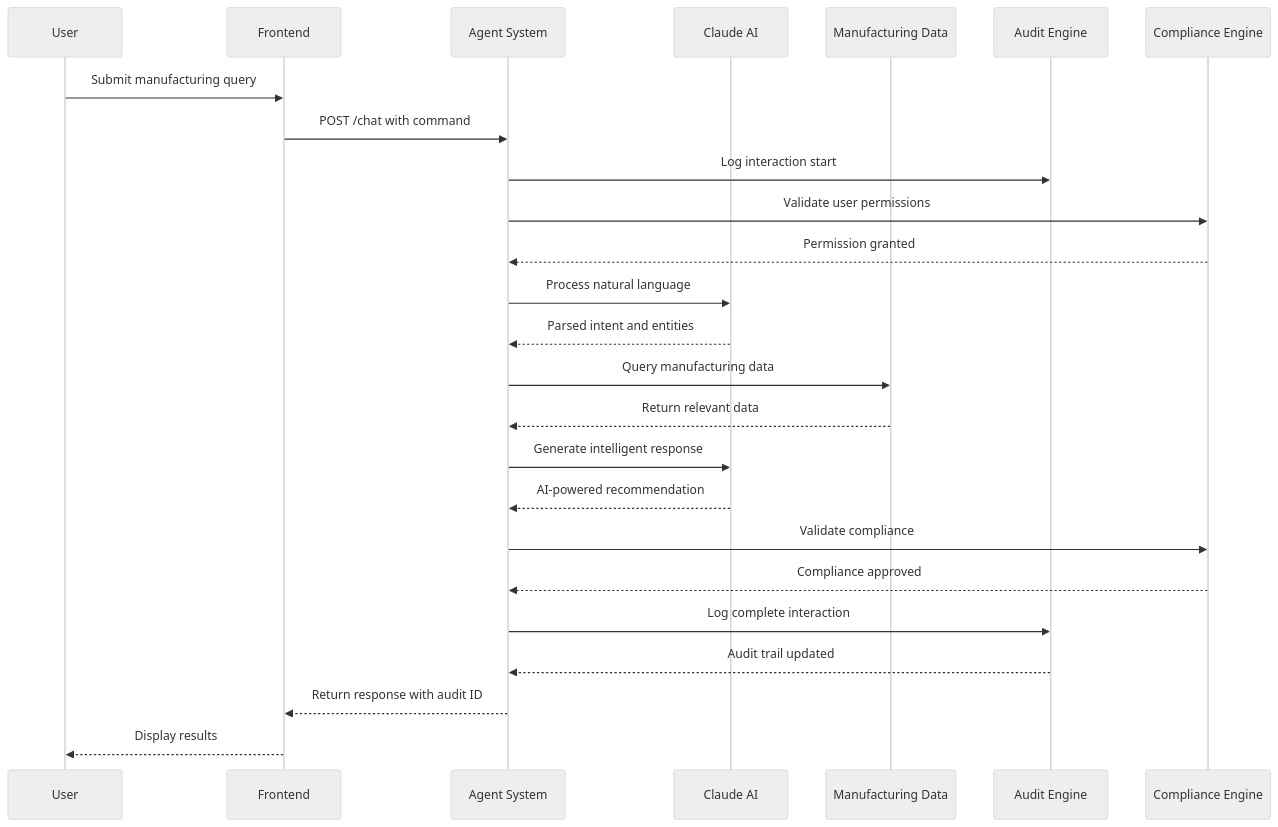
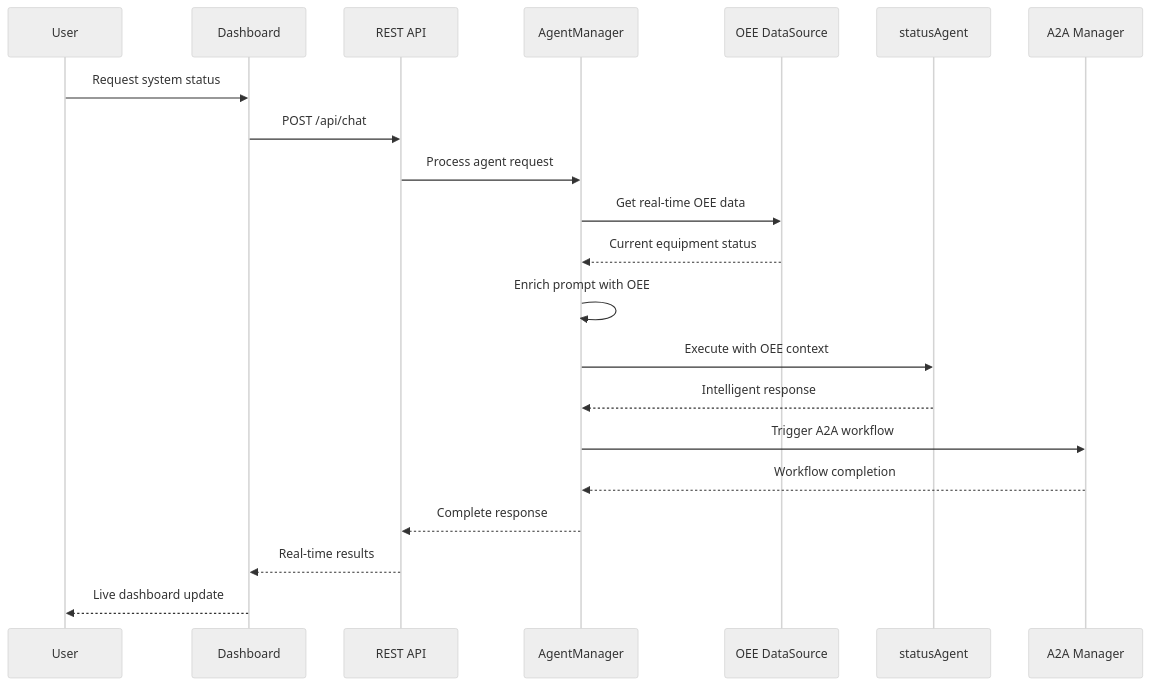
The second of 2 diagrams in README.md (schmeckm/Business_aI_Agent_Pharma_MVP_1.0), drawn with Mermaid (neutral theme) before and after one commit. The commit also changed other lines of this file and 14 other files, not shown here.

First line of the commit message:
feat: implement modular agent architecture

````diff
--- a/README.md
+++ b/README.md
@@ -226,28 +481,24 @@
 ```mermaid
 sequenceDiagram
     participant U as User
-    participant UI as Frontend
-    participant AS as Agent System
-    participant CA as Claude AI
-    participant MD as Manufacturing Data
-    participant AE as Audit Engine
-    participant CE as Compliance Engine
+    participant UI as Dashboard
+    participant API as REST API
+    participant AM as AgentManager
+    participant OEE as OEE DataSource
+    participant SA as statusAgent
+    participant A2A as A2A Manager
     
-    U->>UI: Submit manufacturing query
-    UI->>AS: POST /chat with command
-    AS->>AE: Log interaction start
-    AS->>CE: Validate user permissions
-    CE-->>AS: Permission granted
-    AS->>CA: Process natural language
-    CA-->>AS: Parsed intent and entities
-    AS->>MD: Query manufacturing data
-    MD-->>AS: Return relevant data
-    AS->>CA: Generate intelligent response
-    CA-->>AS: AI-powered recommendation
-    AS->>CE: Validate compliance
-    CE-->>AS: Compliance approved
-    AS->>AE: Log complete interaction
-    AE-->>AS: Audit trail updated
-    AS-->>UI: Return response with audit ID
-    UI-->>U: Display results
+    U->>UI: Request system status
+    UI->>API: POST /api/chat
+    API->>AM: Process agent request
+    AM->>OEE: Get real-time OEE data
+    OEE-->>AM: Current equipment status
+    AM->>AM: Enrich prompt with OEE
+    AM->>SA: Execute with OEE context
+    SA-->>AM: Intelligent response
+    AM->>A2A: Trigger A2A workflow
+    A2A-->>AM: Workflow completion
+    AM-->>API: Complete response
+    API-->>UI: Real-time results
+    UI-->>U: Live dashboard update
 ```
````
